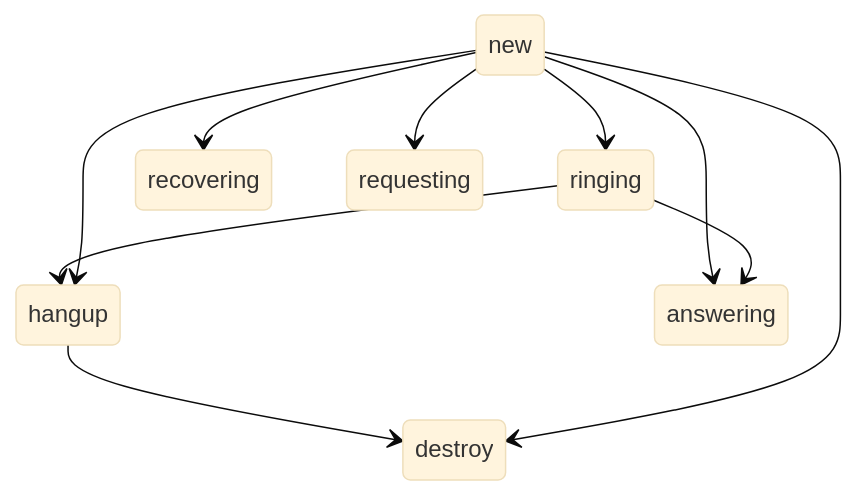
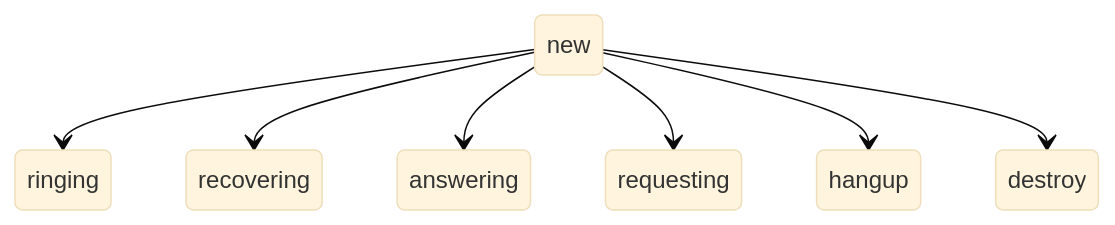
One commit to bjenning04/foam changed the fourth of 4 diagrams in verto-design.md. Above: the diagram before and after it, drawn with Mermaid (base theme).

Commit message:
May 4, 2026, 4:51 PM

````diff
--- a/verto-design.md
+++ b/verto-design.md
@@ -318,12 +318,9 @@
 ```mermaid
 stateDiagram
     new --> ringing
-    ringing --> hangup
-    hangup --> destroy
     new --> recovering
     new --> answering
     new --> requesting
     new --> hangup
     new --> destroy
-    ringing --> answering
 ```
````
